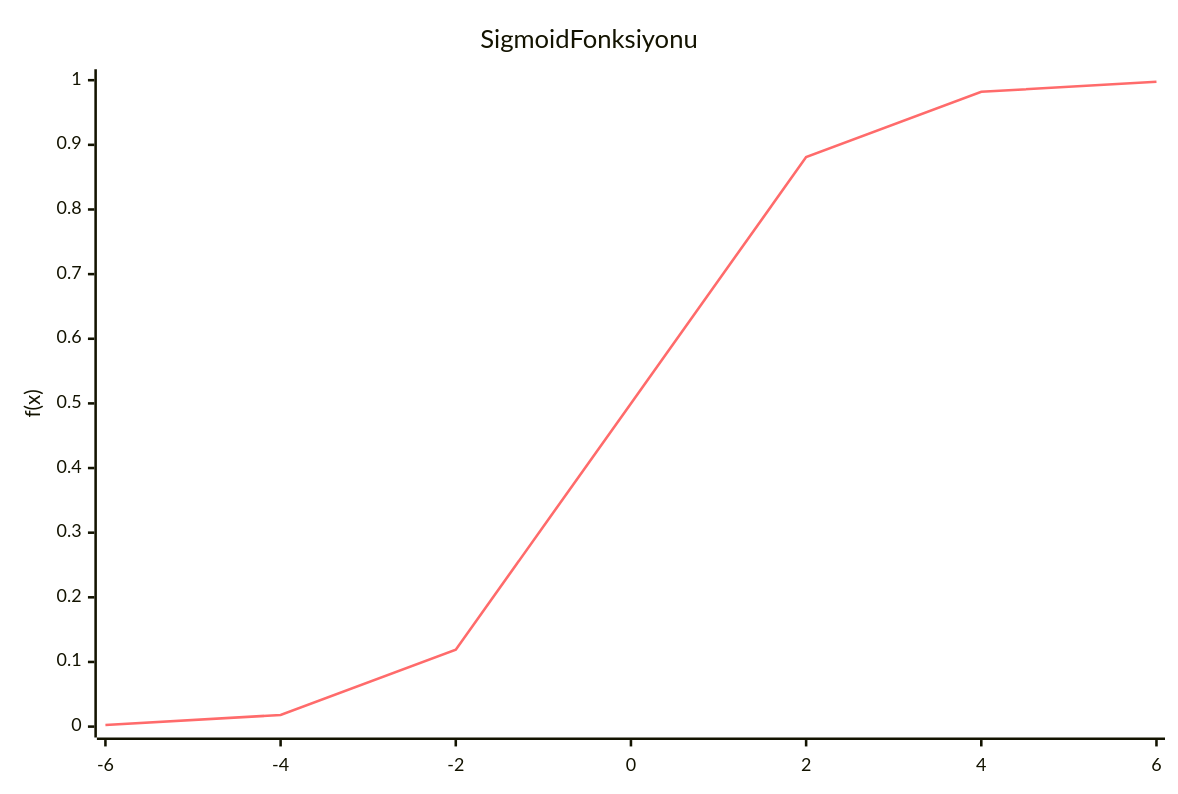
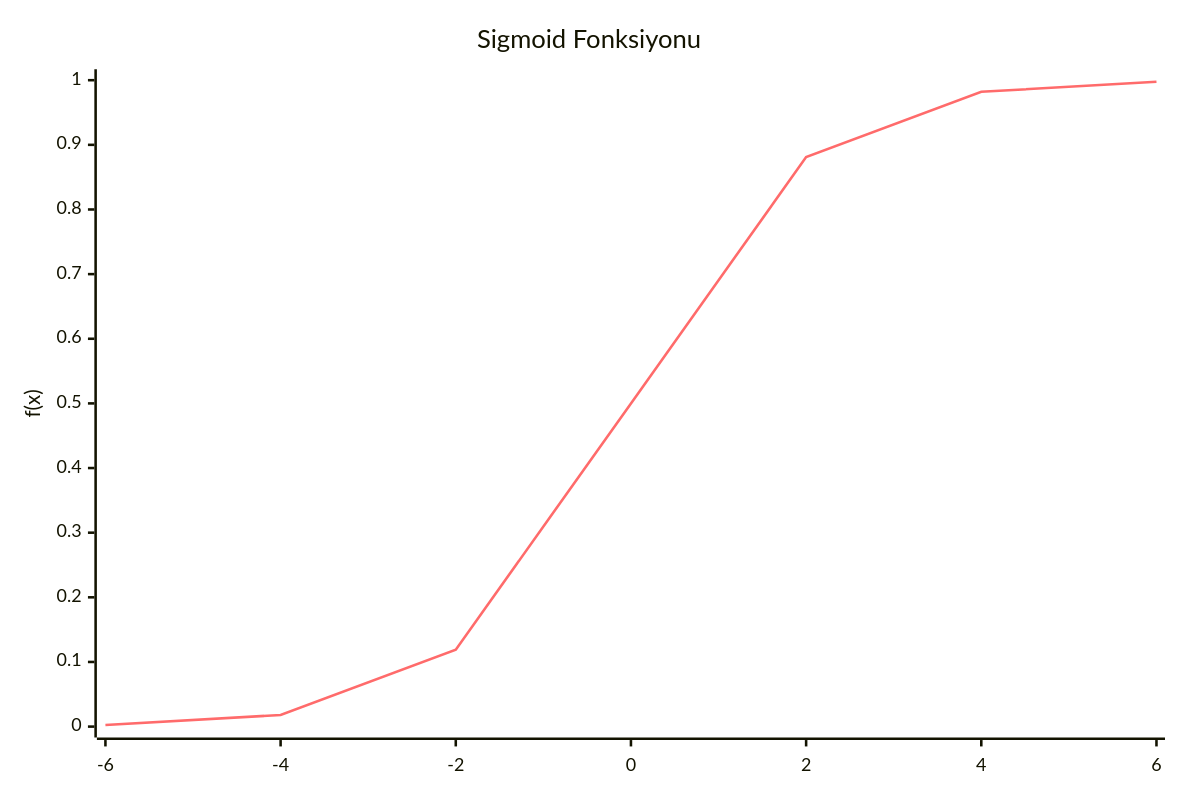
The second of 11 diagrams in dl/02-aktivasyon-fonksiyonlari.md (ilkerturan/ilkerturan.github.io), drawn with Mermaid before and after one commit. The commit also changed other lines of this file, not shown here.

Commit message:
fix: enclose xychart-beta titles in quotes to resolve mermaid syntax error

````diff
--- a/dl/02-aktivasyon-fonksiyonlari.md
+++ b/dl/02-aktivasyon-fonksiyonlari.md
@@ -59,16 +59,16 @@
 ```mermaid
 ---
 config:
     xyChart:
         width: 900
         height: 600
     themeVariables:
         xyChart:
             plotColorPalette: "#FF6B6B"
 ---
 xychart-beta
-    title Sigmoid Fonksiyonu
+    title "Sigmoid Fonksiyonu"
     x-axis [-6, -4, -2, 0, 2, 4, 6]
     y-axis "f(x)" 0 --> 1
     line [0.0025, 0.018, 0.119, 0.5, 0.881, 0.982, 0.9975]
 ```
````
